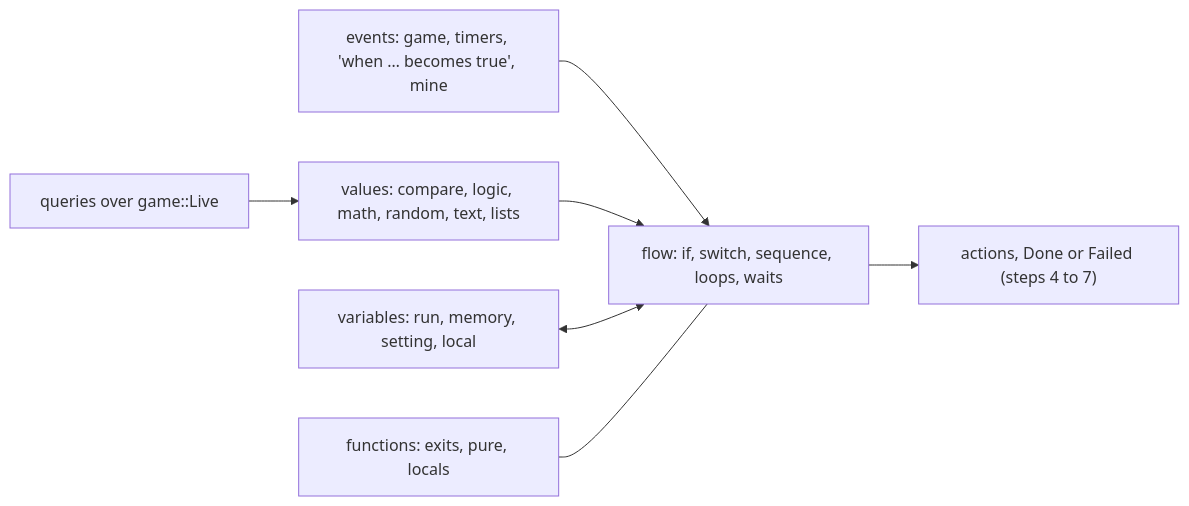
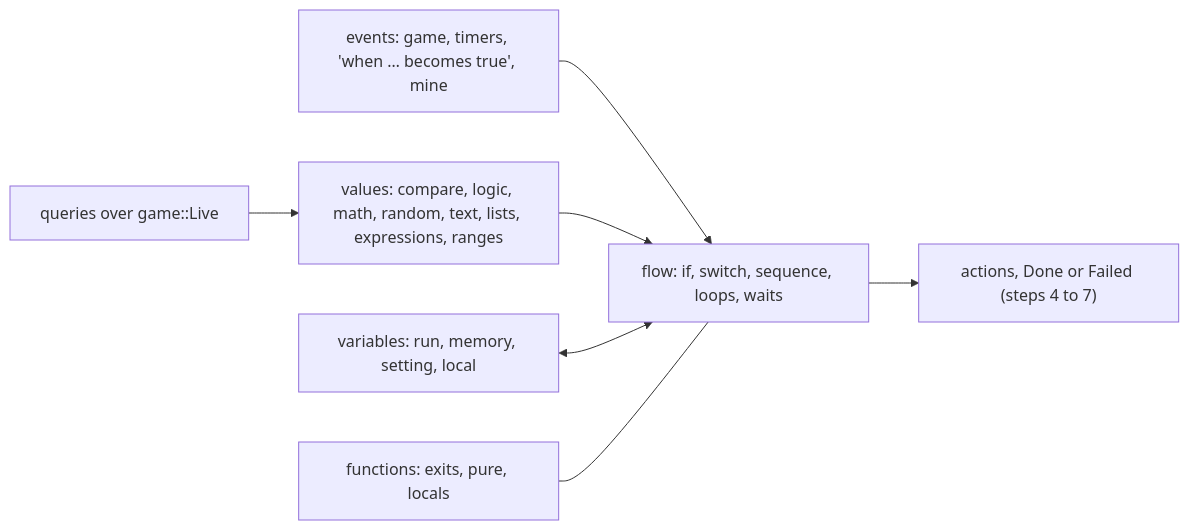
The second of 2 diagrams in docs/bot.md (AerafalDev/D3B), drawn with Mermaid before and after one commit. The commit also changed other lines of this file and 2 other files, not shown here.

````diff
--- a/docs/bot.md
+++ b/docs/bot.md
@@ -75,9 +77,9 @@
 ```mermaid
 flowchart LR
     ev["events: game, timers, 'when … becomes true', mine"] --> flow["flow: if, switch, sequence, loops, waits"]
     flow --> act["actions, Done or Failed (steps 4 to 7)"]
-    val["values: compare, logic, math, random, text, lists"] --> flow
+    val["values: compare, logic, math, random, text, lists, expressions, ranges"] --> flow
     q["queries over game::Live"] --> val
     var["variables: run, memory, setting, local"] <--> flow
     fn["functions: exits, pure, locals"] --- flow
 ```
````
